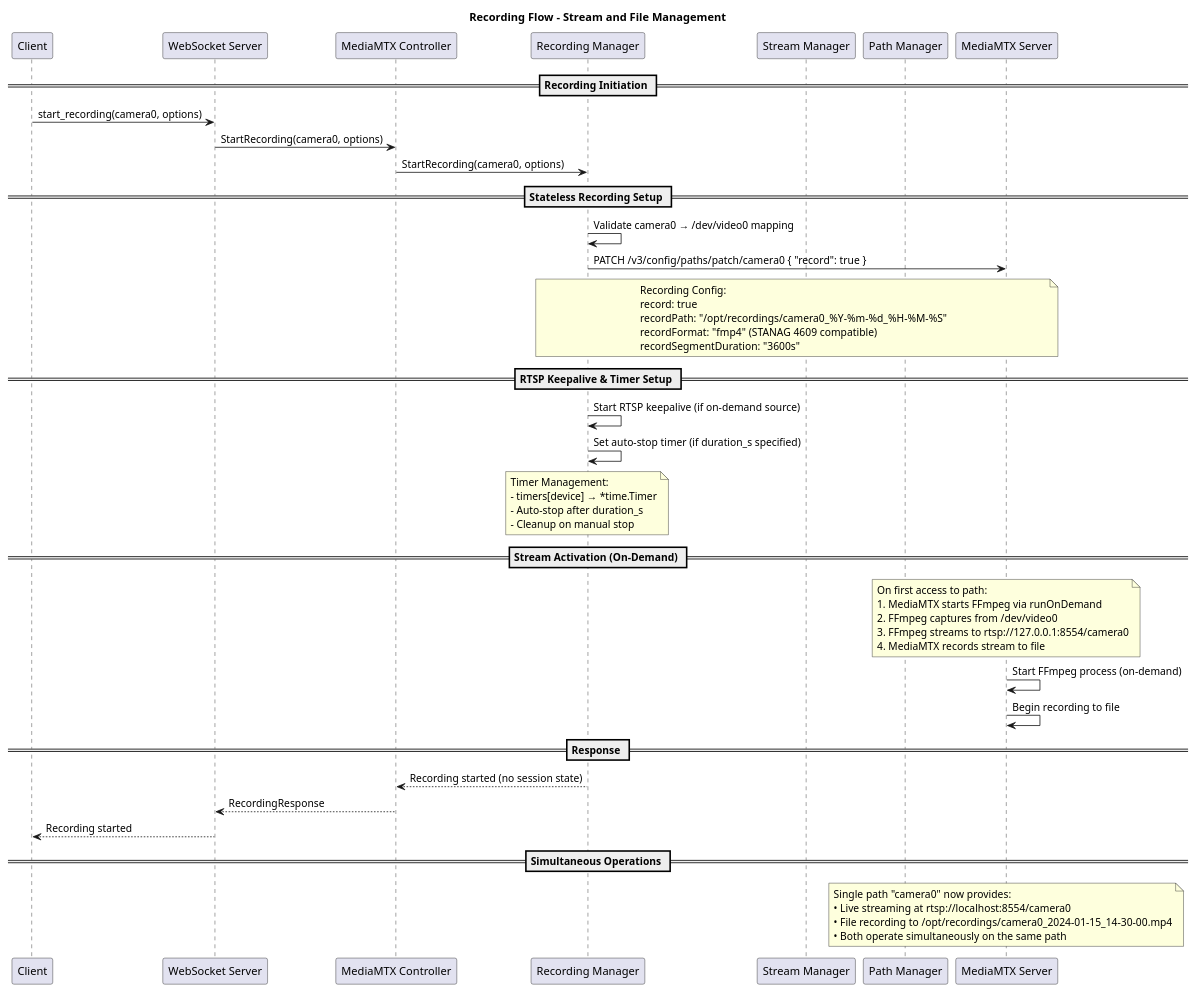
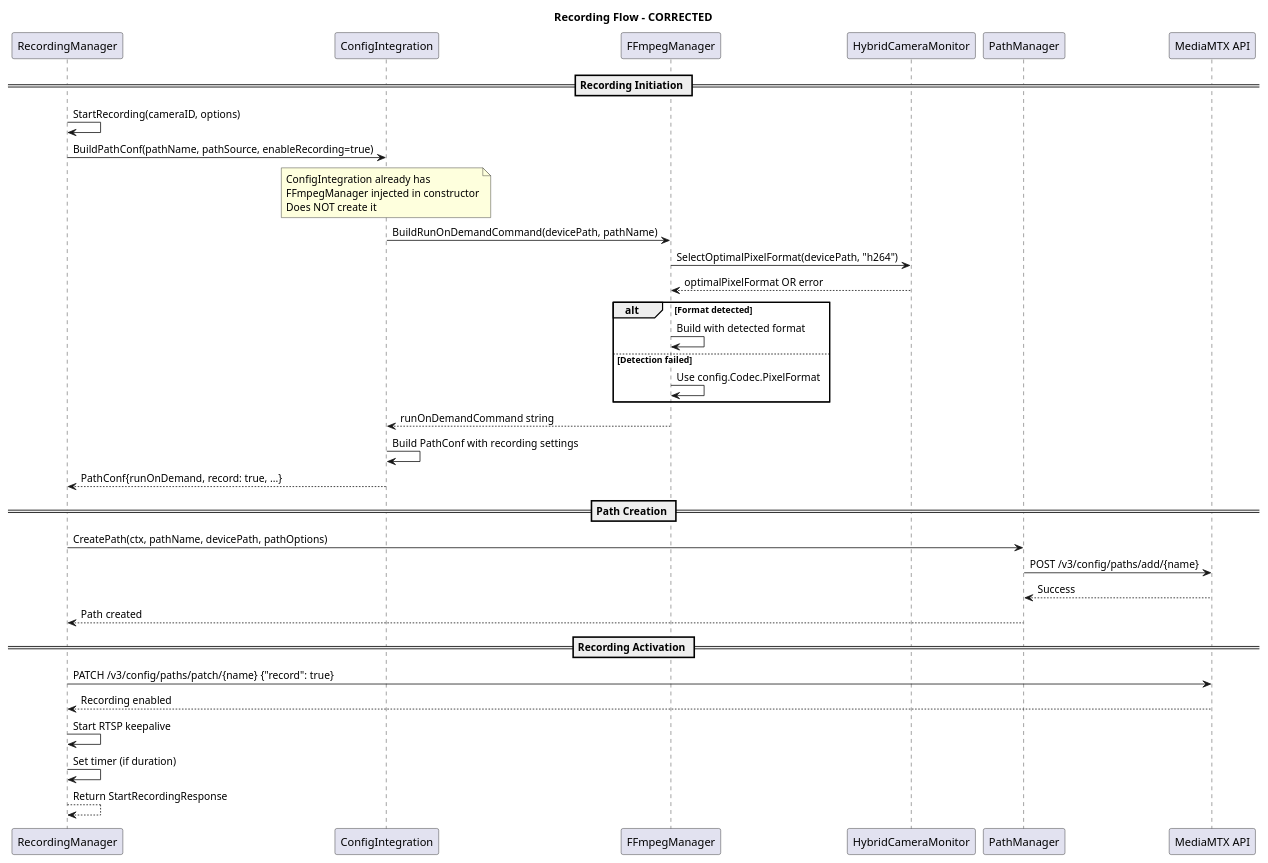
One commit to CarlosSprekelsen/CameraRecorder changed diagram 16 of 30 in mediamtx-camera-service-go/docs/architecture/go-architecture-guide.md. Above: the diagram before and after it, drawn with PlantUML. The commit also changed other lines of this file and 1 other file, not shown here.

First line of the commit message:
feat: Fix ConfigIntegration architecture - proper dependency injection

````diff
--- a/mediamtx-camera-service-go/docs/architecture/go-architecture-guide.md
+++ b/mediamtx-camera-service-go/docs/architecture/go-architecture-guide.md
@@ -786,67 +786,51 @@
 ```plantuml
-@startuml RecordingFlow
-title Recording Flow - Stream and File Management
+@startuml RecordingFlowCorrected
+title Recording Flow - CORRECTED
 
-participant "Client" as C
-participant "WebSocket Server" as WS
-participant "MediaMTX Controller" as MC
-participant "Recording Manager" as RM
-participant "Stream Manager" as SM
-participant "Path Manager" as PM
-participant "MediaMTX Server" as MS
+participant "RecordingManager" as RM
+participant "ConfigIntegration" as CI
+participant "FFmpegManager" as FM
+participant "HybridCameraMonitor" as HCM
+participant "PathManager" as PM
+participant "MediaMTX API" as API
 
 == Recording Initiation ==
-C -> WS : start_recording(camera0, options)
-WS -> MC : StartRecording(camera0, options)
-MC -> RM : StartRecording(camera0, options)
+RM -> RM: StartRecording(cameraID, options)
+RM -> CI: BuildPathConf(pathName, pathSource, enableRecording=true)
 
-== Stateless Recording Setup ==
-RM -> RM : Validate camera0 → /dev/video0 mapping
-RM -> MS : PATCH /v3/config/paths/patch/camera0 { "record": true }
-
-note over RM, MS
-  Recording Config:
-  record: true
-  recordPath: "/opt/recordings/camera0_%Y-%m-%d_%H-%M-%S"
-  recordFormat: "fmp4" (STANAG 4609 compatible)
-  recordSegmentDuration: "3600s"
+note over CI
+ConfigIntegration already has
+FFmpegManager injected in constructor
+Does NOT create it
 end note
 
-== RTSP Keepalive & Timer Setup ==
-RM -> RM : Start RTSP keepalive (if on-demand source)
-RM -> RM : Set auto-stop timer (if duration_s specified)
+CI -> FM: BuildRunOnDemandCommand(devicePath, pathName)
+FM -> HCM: SelectOptimalPixelFormat(devicePath, "h264")
+HCM --> FM: optimalPixelFormat OR error
 
-note over RM
-  Timer Management:
-  - timers[device] → *time.Timer
-  - Auto-stop after duration_s
-  - Cleanup on manual stop
-end note
+alt Format detected
+    FM -> FM: Build with detected format
+else Detection failed
+    FM -> FM: Use config.Codec.PixelFormat
+end
 
-== Stream Activation (On-Demand) ==
-note over MS
-  On first access to path:
-  1. MediaMTX starts FFmpeg via runOnDemand
-  2. FFmpeg captures from /dev/video0
-  3. FFmpeg streams to rtsp://127.0.0.1:8554/camera0
-  4. MediaMTX records stream to file
-end note
+FM --> CI: runOnDemandCommand string
+CI -> CI: Build PathConf with recording settings
+CI --> RM: PathConf{runOnDemand, record: true, ...}
 
-MS -> MS : Start FFmpeg process (on-demand)
-MS -> MS : Begin recording to file
+== Path Creation ==
+RM -> PM: CreatePath(ctx, pathName, devicePath, pathOptions)
+PM -> API: POST /v3/config/paths/add/{name}
+API --> PM: Success
+PM --> RM: Path created
 
-== Response ==
-RM --> MC : Recording started (no session state)
-MC --> WS : RecordingResponse
-WS --> C : Recording started
+== Recording Activation ==
+RM -> API: PATCH /v3/config/paths/patch/{name} {"record": true}
+API --> RM: Recording enabled
+RM -> RM: Start RTSP keepalive
+RM -> RM: Set timer (if duration)
 
-== Simultaneous Operations ==
-note over MS
-  Single path "camera0" now provides:
-  • Live streaming at rtsp://localhost:8554/camera0
-  • File recording to /opt/recordings/camera0_2024-01-15_14-30-00.mp4
-  • Both operate simultaneously on the same path
-end note
+RM --> RM: Return StartRecordingResponse
 
 @enduml
 ```
````
